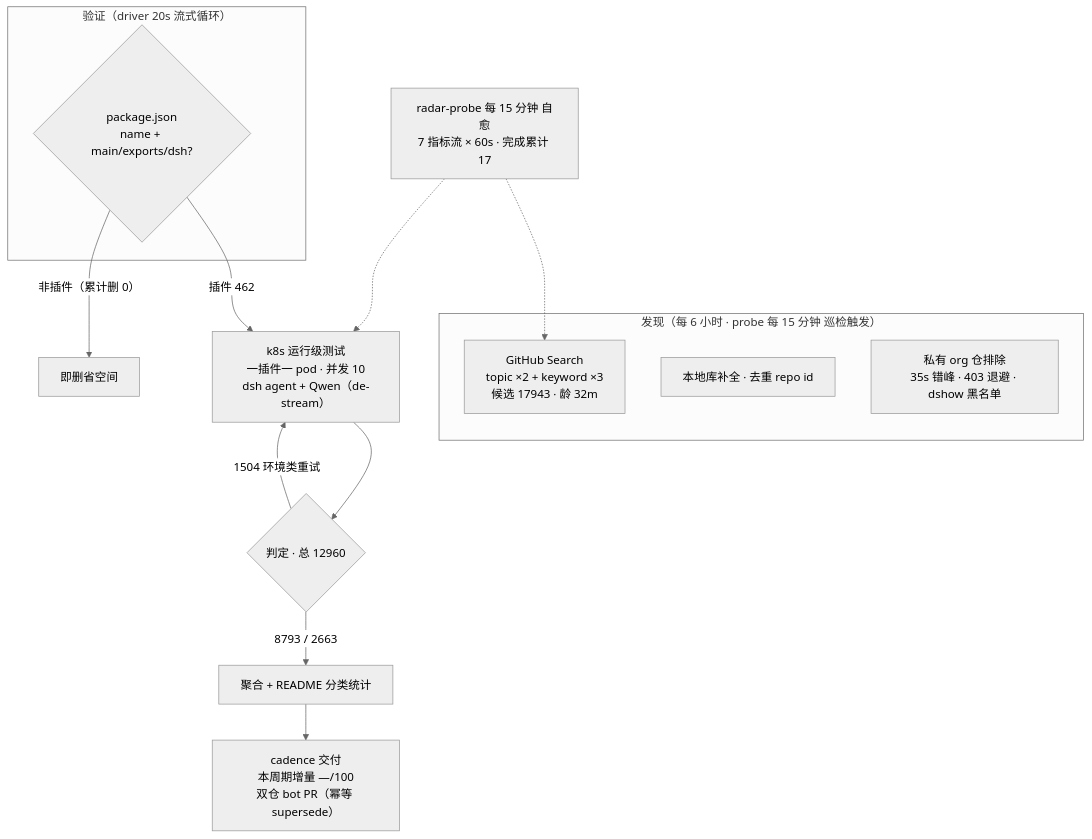
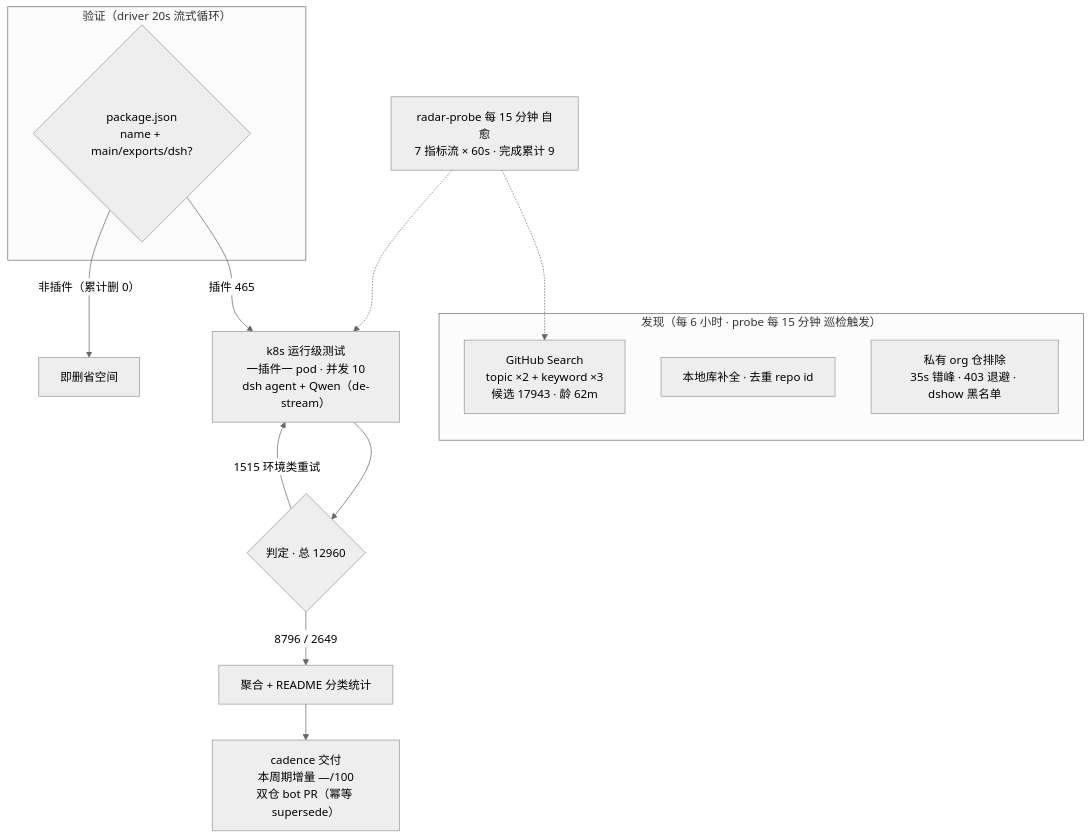
Before and after one commit to AdamPlatin123/awesome-dsh-plugins: the diagram in README.md, drawn with Mermaid (neutral theme). The commit also changed other lines of this file and 5 other files, not shown here.

````diff
--- a/README.md
+++ b/README.md
@@ -52,20 +52,20 @@
 ```mermaid
 flowchart TB
     subgraph Discovery["发现（每 6 小时 · probe 每 15 分钟 巡检触发）"]
-        A1["GitHub Search<br/>topic ×2 + keyword ×3<br/>候选 17943 · 龄 32m"]
+        A1["GitHub Search<br/>topic ×2 + keyword ×3<br/>候选 17943 · 龄 62m"]
         A2["本地库补全 · 去重 repo id"]
         A3["私有 org 仓排除<br/>35s 错峰 · 403 退避 · dshow 黑名单"]
     end
     subgraph Validation["验证（driver 20s 流式循环）"]
         B1{"package.json<br/>name + main/exports/dsh?"}
     end
-    B1 -->|"插件 462"| C1["k8s 运行级测试<br/>一插件一 pod · 并发 10<br/>dsh agent + Qwen（de-stream）"]
+    B1 -->|"插件 465"| C1["k8s 运行级测试<br/>一插件一 pod · 并发 10<br/>dsh agent + Qwen（de-stream）"]
     B1 -->|"非插件（累计删 0）"| B3["即删省空间"]
     C1 --> D1{"判定 · 总 12960"}
-    D1 -->|"8793 / 2663"| E1["聚合 + README 分类统计"]
-    D1 -->|"1504 环境类重试"| C1
+    D1 -->|"8796 / 2649"| E1["聚合 + README 分类统计"]
+    D1 -->|"1515 环境类重试"| C1
     E1 --> E2["cadence 交付<br/>本周期增量 —/100<br/>双仓 bot PR（幂等 supersede）"]
-    M["radar-probe 每 15 分钟 自愈<br/>7 指标流 × 60s · 完成累计 17"]
+    M["radar-probe 每 15 分钟 自愈<br/>7 指标流 × 60s · 完成累计 9"]
     M -.-> A1
     M -.-> C1
 ```
````
